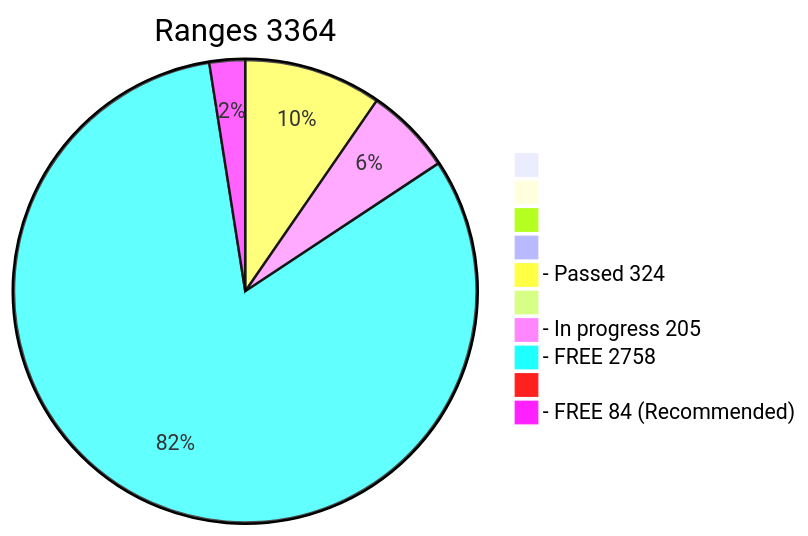
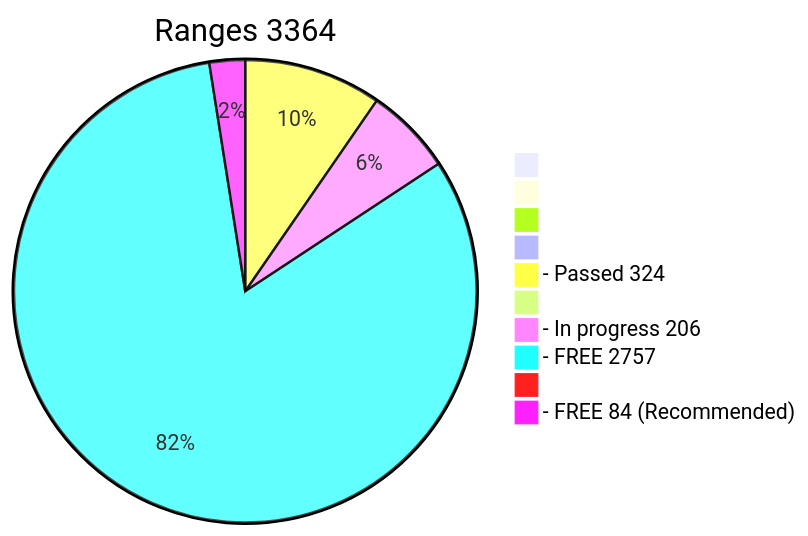
Before and after one commit to phrutis/wif500: the diagram in x64/Release/table.md, drawn with Mermaid. The commit also changed other lines of this file, not shown here.

````diff
--- a/x64/Release/table.md
+++ b/x64/Release/table.md
@@ -2,13 +2,13 @@
 ```mermaid
 pie title Ranges 3364
   " " : 0
   "  " : 0
   "   " : 0
   "    " : 0
   "- Passed 324" : 324
   "     " : 0
-  "- In progress 205" : 205
-  "- FREE 2758" : 2758
+  "- In progress 206" : 206
+  "- FREE 2757" : 2757
   "      " : 0
   "- FREE 84 (Recommended)" : 84
 ```
````
